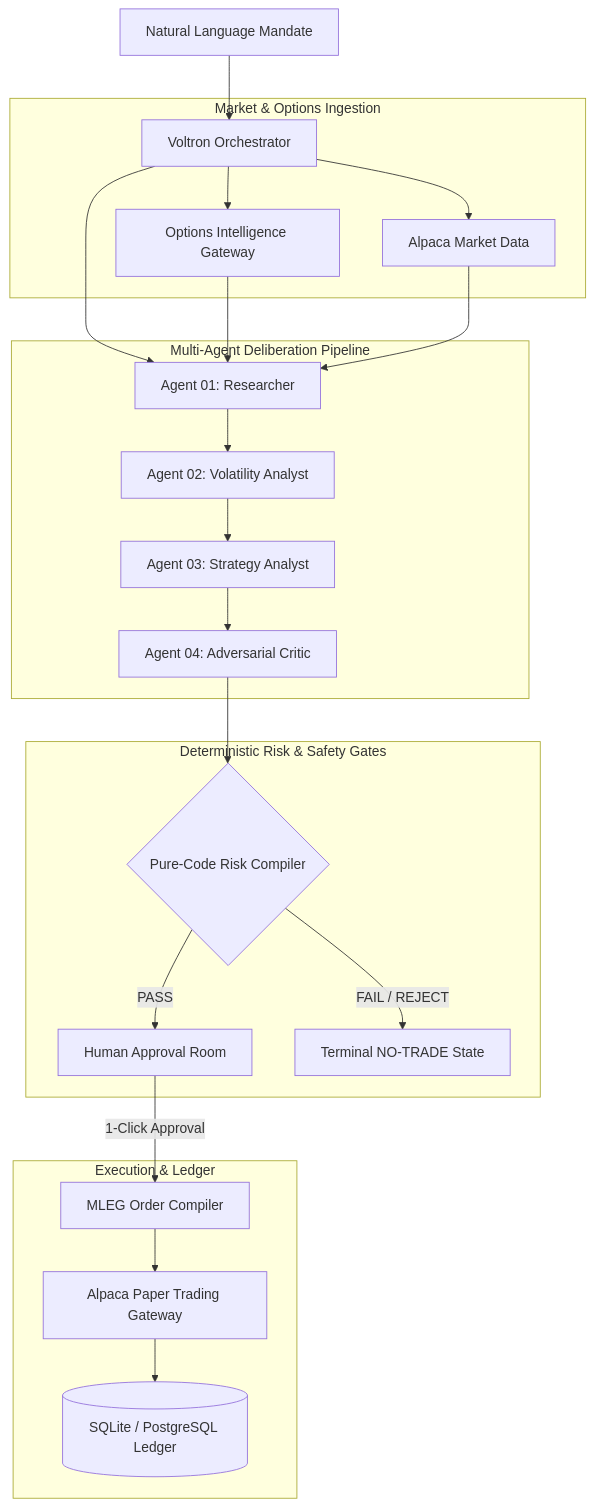
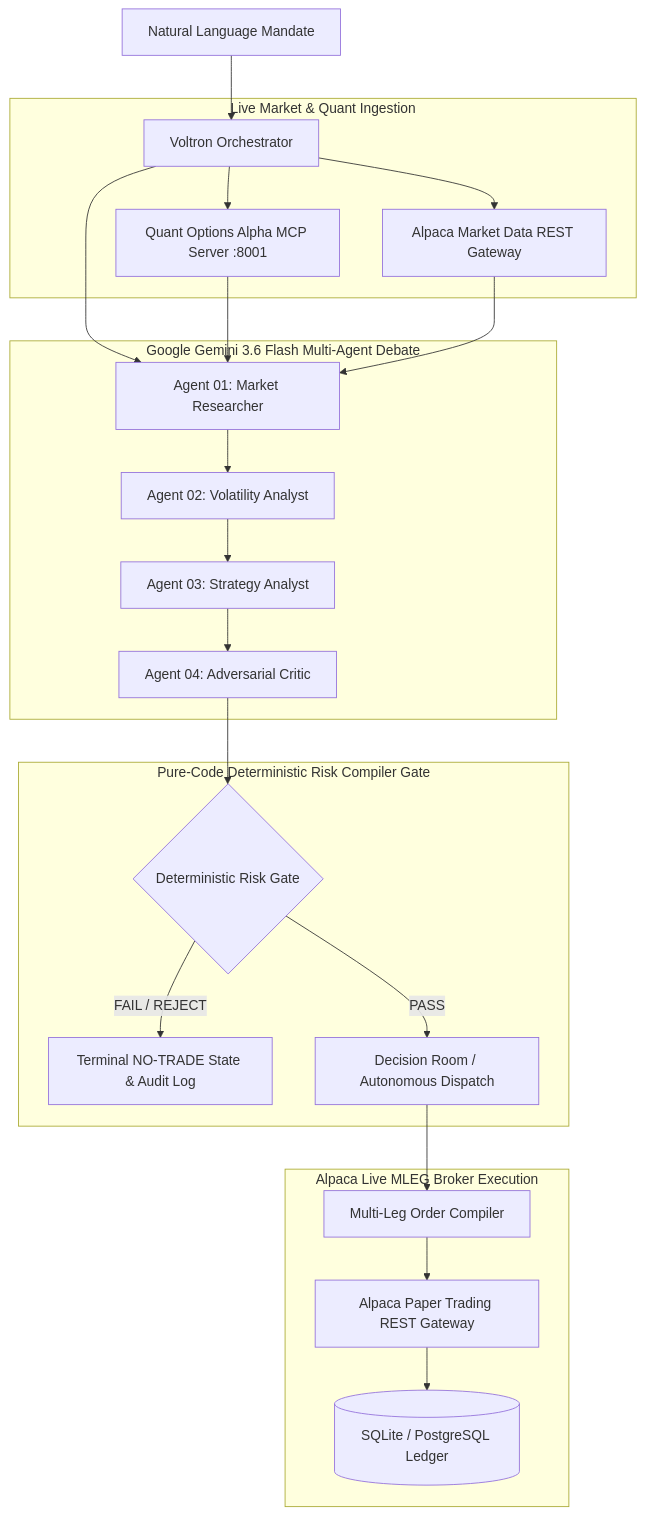
The diagram in README.md (anishraj836/AlpecaAITradathon), drawn with Mermaid before and after one commit. The commit also changed other lines of this file, not shown here.

Commit message:
docs: update README with Gemini 3.6 Flash multi-agent architecture, Alpaca live MLEG execution, and production setup

````diff
--- a/README.md
+++ b/README.md
@@ -11,31 +13,31 @@
 ```mermaid
 flowchart TD
     A[Natural Language Mandate] --> B[Voltron Orchestrator]
     
-    subgraph MarketDataLayer [Market & Options Ingestion]
-        B --> C[Alpaca Market Data]
-        B --> D[Options Intelligence Gateway]
+    subgraph MarketDataLayer [Live Market & Quant Ingestion]
+        B --> C[Alpaca Market Data REST Gateway]
+        B --> D[Quant Options Alpha MCP Server :8001]
     end
     
-    subgraph AgentPipeline [Multi-Agent Deliberation Pipeline]
-        E[Agent 01: Researcher] --> F[Agent 02: Volatility Analyst]
+    subgraph GeminiAgentPipeline [Google Gemini 3.6 Flash Multi-Agent Debate]
+        E[Agent 01: Market Researcher] --> F[Agent 02: Volatility Analyst]
         F --> G[Agent 03: Strategy Analyst]
         G --> H[Agent 04: Adversarial Critic]
     end
     
-    subgraph DeterministicGate [Deterministic Risk & Safety Gates]
-        H --> I{Pure-Code Risk Compiler}
-        I -- PASS --> J[Human Approval Room]
-        I -- FAIL / REJECT --> K[Terminal NO-TRADE State]
+    subgraph DeterministicGate [Pure-Code Deterministic Risk Compiler Gate]
+        H --> I{Deterministic Risk Gate}
+        I -- FAIL / REJECT --> K[Terminal NO-TRADE State & Audit Log]
+        I -- PASS --> J[Decision Room / Autonomous Dispatch]
     end
     
-    subgraph ExecutionLayer [Execution & Ledger]
-        J -- 1-Click Approval --> L[MLEG Order Compiler]
-        L --> M[Alpaca Paper Trading Gateway]
+    subgraph ExecutionLayer [Alpaca Live MLEG Broker Execution]
+        J --> L[Multi-Leg Order Compiler]
+        L --> M[Alpaca Paper Trading REST Gateway]
         M --> N[(SQLite / PostgreSQL Ledger)]
     end
     
     B --> E
     D --> E
     C --> E
 ```
````
